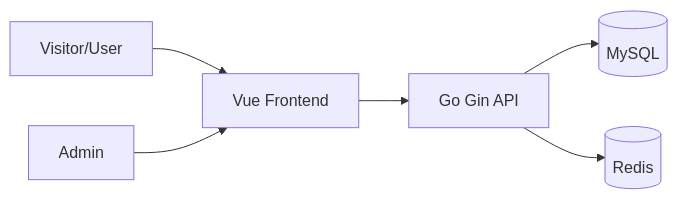
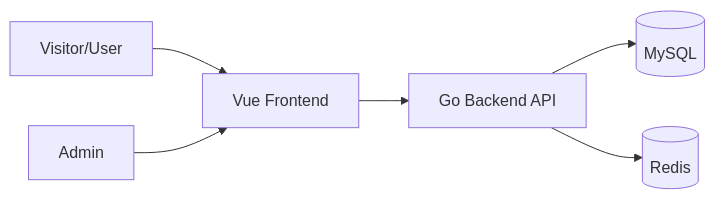
The diagram in knowledge/architecture/system-overview.md (QianJiuGe/mysite), drawn with Mermaid before and after one commit. The commit also changed 14 other files, not shown here.

````diff
--- a/knowledge/architecture/system-overview.md
+++ b/knowledge/architecture/system-overview.md
@@ -13,8 +13,8 @@
 ```mermaid
 flowchart LR
   U[Visitor/User] --> F[Vue Frontend]
-  F --> B[Go Gin API]
+  F --> B[Go Backend API]
   B --> M[(MySQL)]
   B --> R[(Redis)]
   A[Admin] --> F
 ```
````
